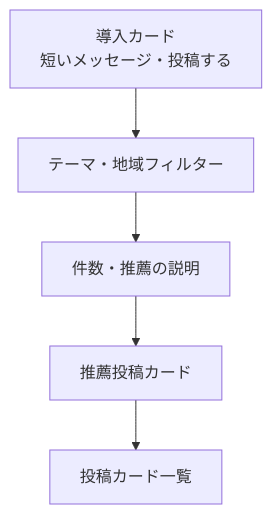
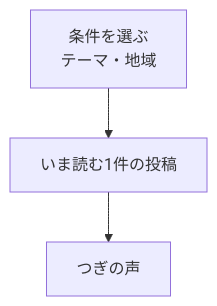
The diagram in docs/requirements/screens/feed.md (Digix00/58-Hackathon-202609), drawn with Mermaid before and after one commit. The commit also changed other lines of this file and 6 other files, not shown here.

````diff
--- a/docs/requirements/screens/feed.md
+++ b/docs/requirements/screens/feed.md
@@ -9,10 +9,8 @@
 ```mermaid
 flowchart TB
-  Intro["導入カード<br/>短いメッセージ・投稿する"]
-  Filters["テーマ・地域フィルター"]
-  Meta["件数・推薦の説明"]
-  Card1["推薦投稿カード"]
-  Cards["投稿カード一覧"]
+  Filters["条件を選ぶ<br/>テーマ・地域"]
+  Card["いま読む1件の投稿"]
+  Next["つぎの声"]
 
-  Intro --> Filters --> Meta --> Card1 --> Cards
+  Filters --> Card --> Next
 ```
````
